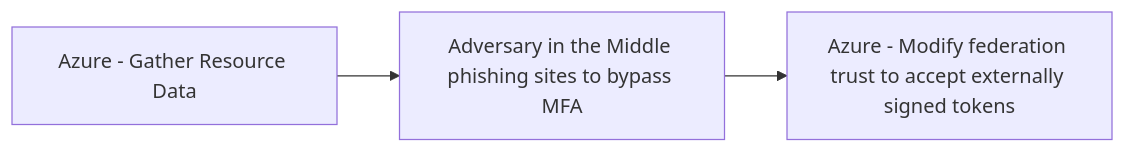
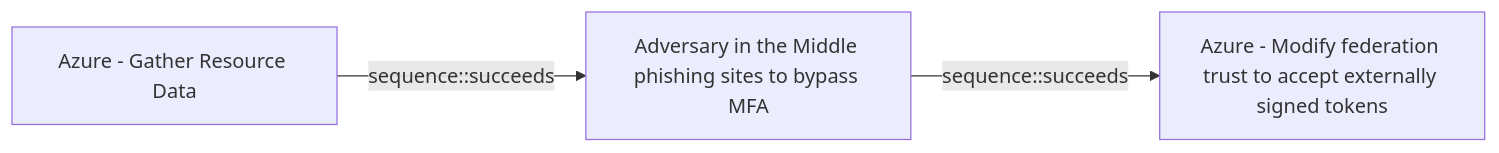
Before and after one commit to opentidehq/library: the diagram in docs/threats/azure-gather-resource-data.md, drawn with Mermaid. The commit also changed other lines of this file and 277 other files, not shown here.

````diff
--- a/docs/threats/azure-gather-resource-data.md
+++ b/docs/threats/azure-gather-resource-data.md
@@ -66,8 +106,8 @@
 ```mermaid
 flowchart LR
 b1593e0b_1b3b_462d_9ab6_21d1c136469d["Azure - Gather Resource Data"]
 66aafb61_9a46_4287_8b40_4785b42b77a3["Adversary in the Middle phishing sites to bypass MFA"]
 9bb31c65_8abd_48fc_afe3_8aca76109737["Azure - Modify federation trust to accept externally signed tokens"]
-b1593e0b_1b3b_462d_9ab6_21d1c136469d --> 66aafb61_9a46_4287_8b40_4785b42b77a3
-66aafb61_9a46_4287_8b40_4785b42b77a3 --> 9bb31c65_8abd_48fc_afe3_8aca76109737
+b1593e0b_1b3b_462d_9ab6_21d1c136469d -->|sequence::succeeds| 66aafb61_9a46_4287_8b40_4785b42b77a3
+66aafb61_9a46_4287_8b40_4785b42b77a3 -->|sequence::succeeds| 9bb31c65_8abd_48fc_afe3_8aca76109737
 ```
````
